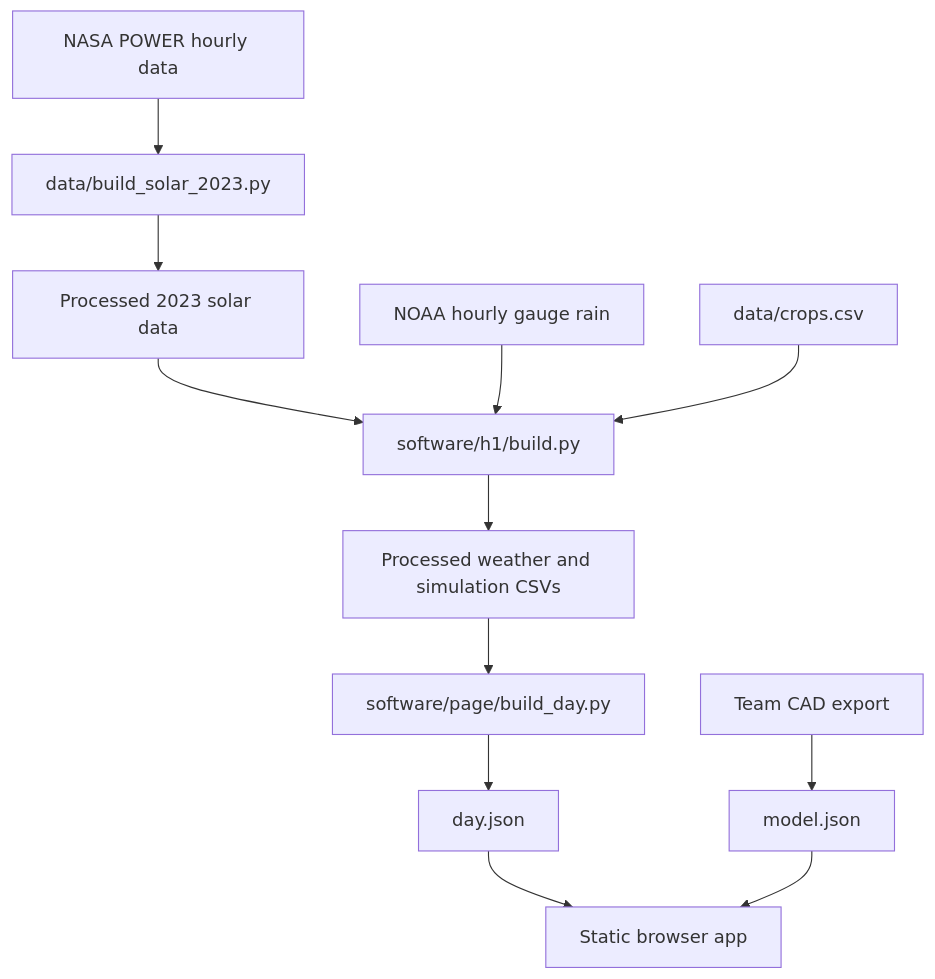
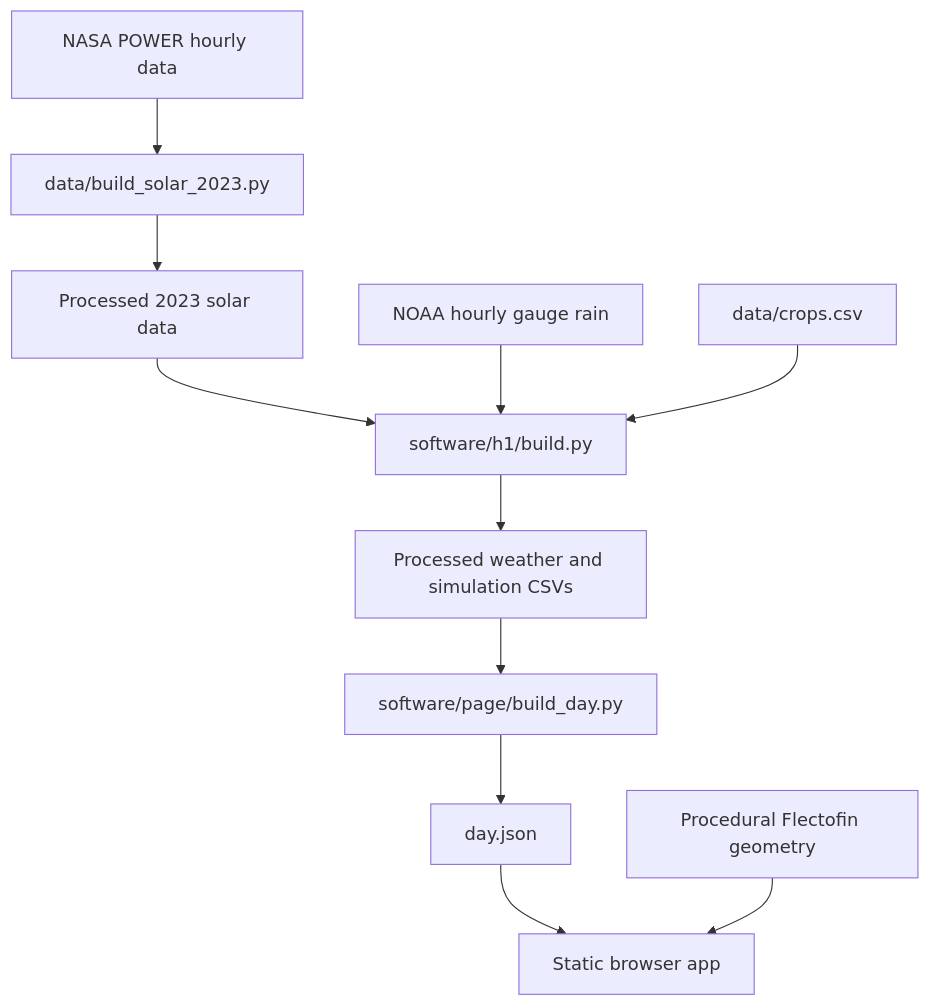
One commit to andomo3/flecto-shade changed the diagram in README.md. Above: the diagram before and after it, drawn with Mermaid. The commit also changed other lines of this file and 2 other files, not shown here.

````diff
--- a/README.md
+++ b/README.md
@@ -52,14 +53,13 @@
 ```mermaid
 flowchart TD
     nasa["NASA POWER hourly data"] --> solar["data/build_solar_2023.py"]
     solar --> year["Processed 2023 solar data"]
     year --> sim["software/h1/build.py"]
     noaa["NOAA hourly gauge rain"] --> sim
     crops["data/crops.csv"] --> sim
     sim --> tables["Processed weather and simulation CSVs"]
     tables --> day["software/page/build_day.py"]
     day --> json["day.json"]
-    cad["Team CAD export"] --> model["model.json"]
     json --> page["Static browser app"]
-    model --> page
+    mechanism["Procedural Flectofin geometry"] --> page
 ```
````
